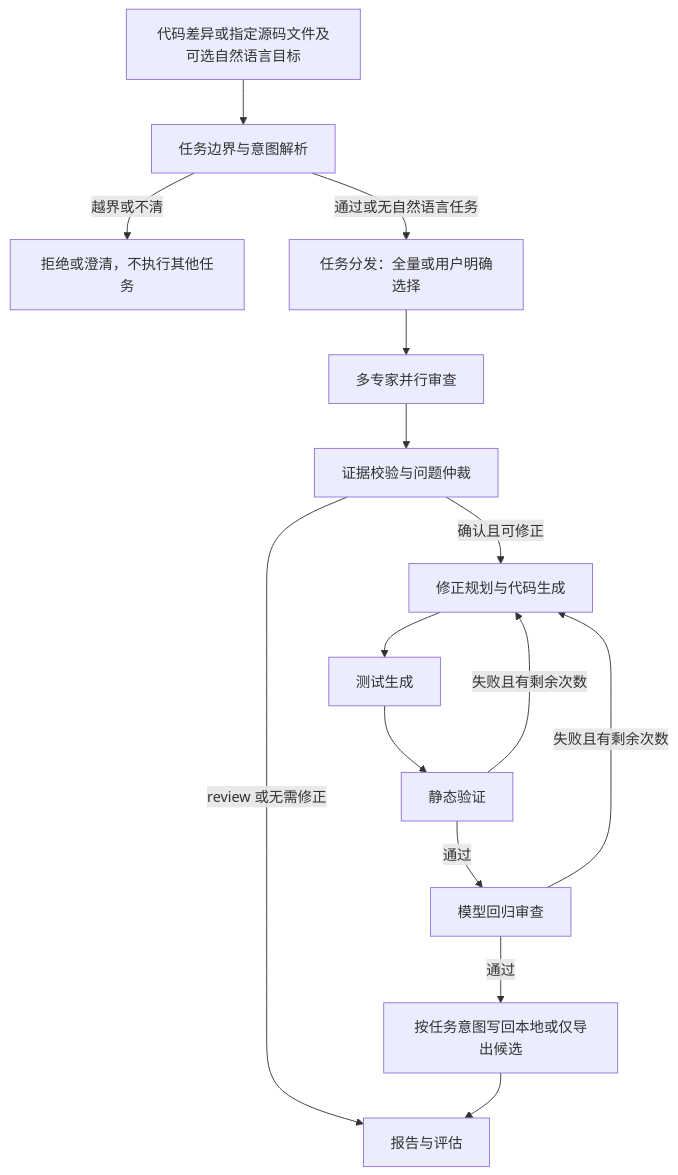
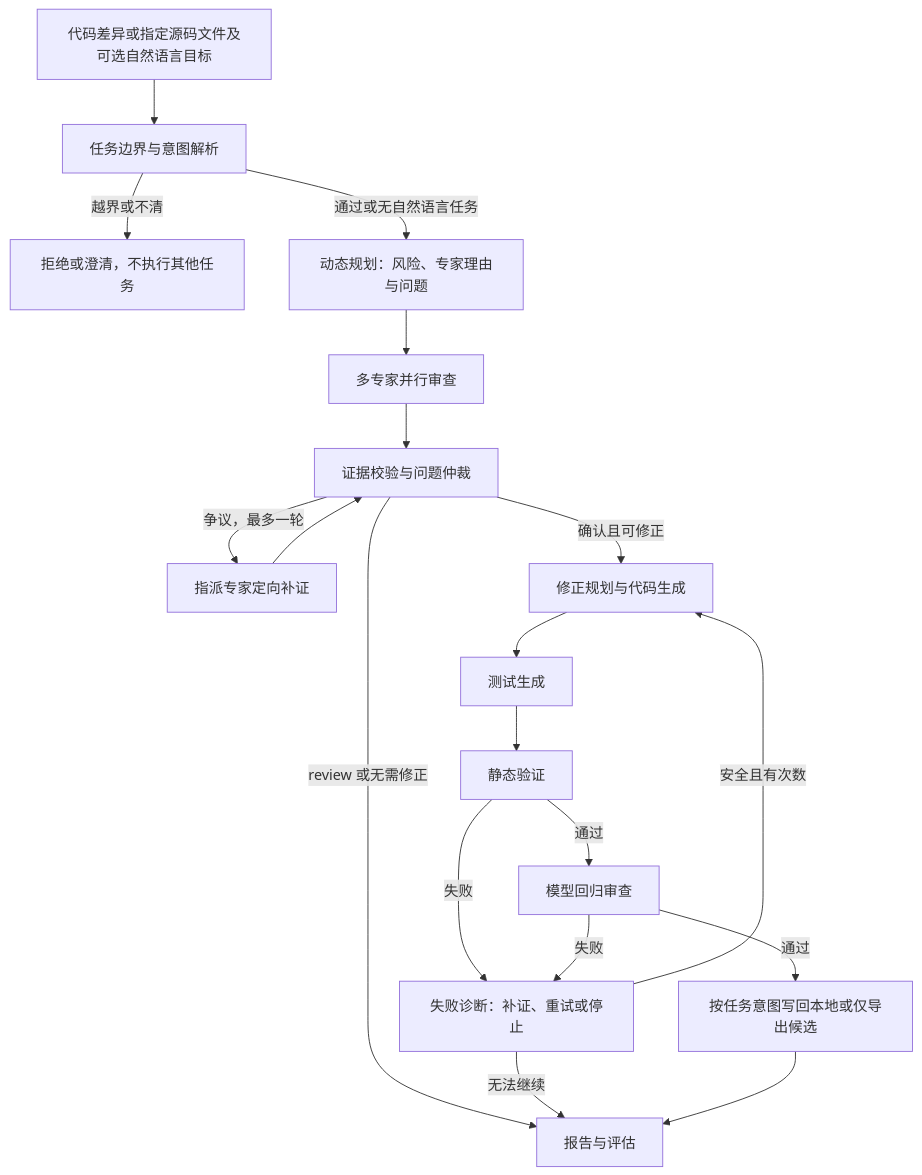
The diagram in docs/COURSE_PROJECT.md (12345zsk/multi-agent-code-review), drawn with Mermaid before and after one commit. The commit also changed other lines of this file and 42 other files, not shown here.

````diff
--- a/docs/COURSE_PROJECT.md
+++ b/docs/COURSE_PROJECT.md
@@ -44,17 +46,21 @@
 ```mermaid
 flowchart TD
     I[代码差异或指定源码文件及可选自然语言目标] --> N[任务边界与意图解析]
     N -->|越界或不清| X[拒绝或澄清，不执行其他任务]
-    N -->|通过或无自然语言任务| P[任务分发：全量或用户明确选择]
+    N -->|通过或无自然语言任务| P[动态规划：风险、专家理由与问题]
     P --> E[多专家并行审查]
     E --> J[证据校验与问题仲裁]
+    J -->|争议，最多一轮| D[指派专家定向补证]
+    D --> J
     J -->|review 或无需修正| R[报告与评估]
     J -->|确认且可修正| F[修正规划与代码生成]
     F --> T[测试生成]
     T --> V[静态验证]
-    V -->|失败且有剩余次数| F
+    V -->|失败| Z[失败诊断：补证、重试或停止]
+    Z -->|安全且有次数| F
+    Z -->|无法继续| R
     V -->|通过| G[模型回归审查]
-    G -->|失败且有剩余次数| F
+    G -->|失败| Z
     G -->|通过| W[按任务意图写回本地或仅导出候选]
     W --> R
 ```
````
